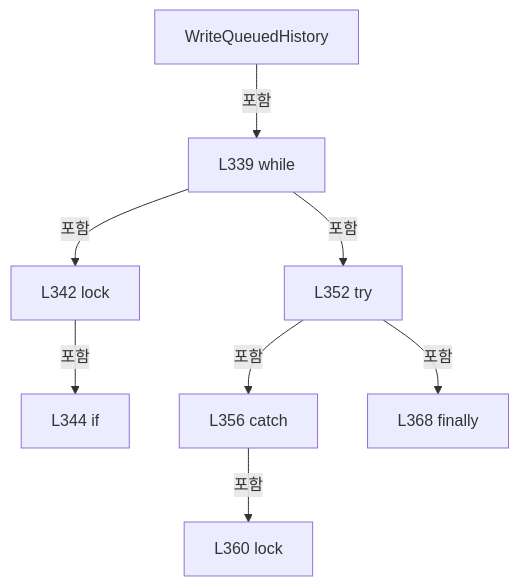
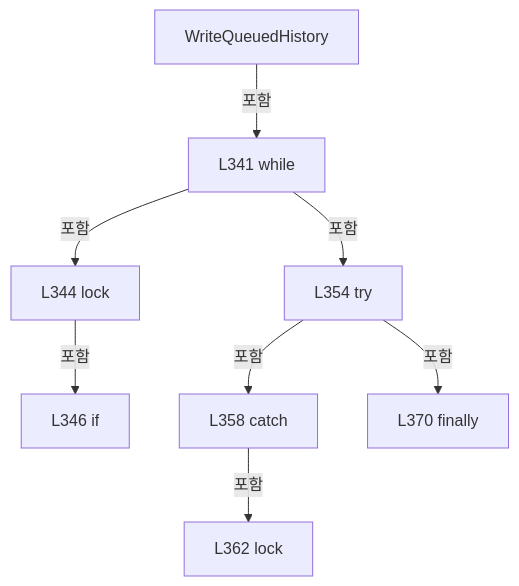
One commit to kjuws10-rgb/Shared changed diagram 13 of 21 in A3 LD Code Ref/files/Drilling.Common/Alarm/CAlarmManager.cs.md. Above: the diagram before and after it, drawn with Mermaid. The commit also changed other lines of this file and 2071 other files, not shown here.

Commit message:
docs(a3): update 11.19.0 architecture and code reference

````diff
--- a/A3 LD Code Ref/files/Drilling.Common/Alarm/CAlarmManager.cs.md
+++ b/A3 LD Code Ref/files/Drilling.Common/Alarm/CAlarmManager.cs.md
@@ -2039,18 +2039,18 @@
 ```mermaid
 flowchart TD
  M["WriteQueuedHistory"]
- N0["L339 while"]
+ N0["L341 while"]
  M -->|포함| N0
- N1["L342 lock"]
+ N1["L344 lock"]
  N0 -->|포함| N1
- N2["L344 if"]
+ N2["L346 if"]
  N1 -->|포함| N2
- N3["L352 try"]
+ N3["L354 try"]
  N0 -->|포함| N3
- N4["L356 catch"]
+ N4["L358 catch"]
  N3 -->|포함| N4
- N5["L360 lock"]
+ N5["L362 lock"]
  N4 -->|포함| N5
- N6["L368 finally"]
+ N6["L370 finally"]
  N3 -->|포함| N6
 ```
````
